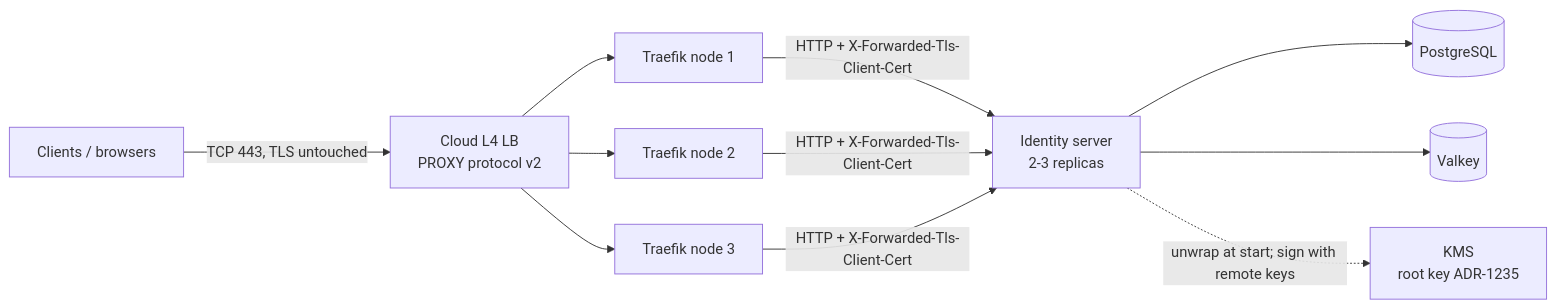
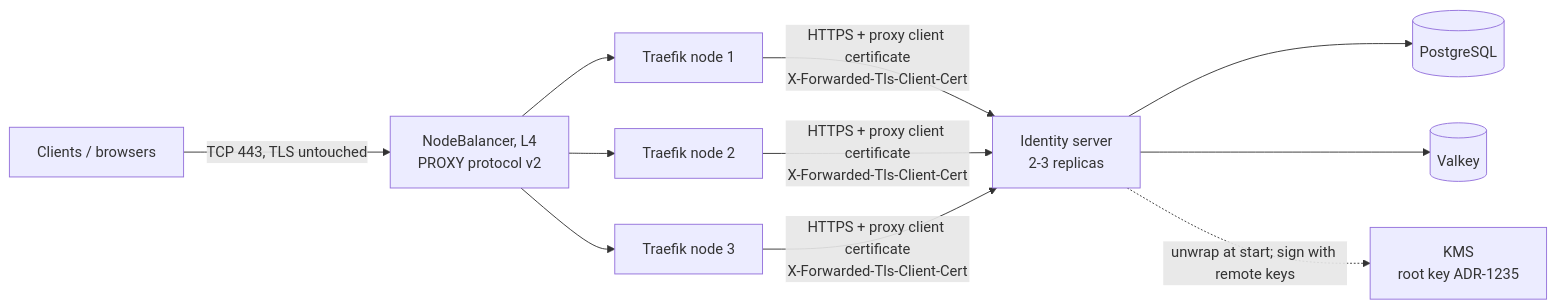
Before and after one commit to NCodeGroup/identity: the diagram in docs/hosting-analysis.md, drawn with Mermaid. The commit also changed other lines of this file, not shown here.

Commit message:
Plan step 7: Correct the reference architecture to the HTTPS pod hop

````diff
--- a/docs/hosting-analysis.md
+++ b/docs/hosting-analysis.md
@@ -205,11 +211,11 @@
 ```mermaid
 flowchart LR
-    C[Clients / browsers] -->|TCP 443, TLS untouched| LB[Cloud L4 LB<br/>PROXY protocol v2]
+    C[Clients / browsers] -->|TCP 443, TLS untouched| LB[NodeBalancer, L4<br/>PROXY protocol v2]
     LB --> T1[Traefik node 1]
     LB --> T2[Traefik node 2]
     LB --> T3[Traefik node 3]
-    T1 & T2 & T3 -->|HTTP + X-Forwarded-Tls-Client-Cert| API[Identity server<br/>2-3 replicas]
+    T1 & T2 & T3 -->|HTTPS + proxy client certificate<br/>X-Forwarded-Tls-Client-Cert| API[Identity server<br/>2-3 replicas]
     API --> PG[(PostgreSQL)]
     API --> VK[(Valkey)]
     API -.->|unwrap at start; sign with remote keys| KMS[KMS<br/>root key ADR-1235]
 ```
````
